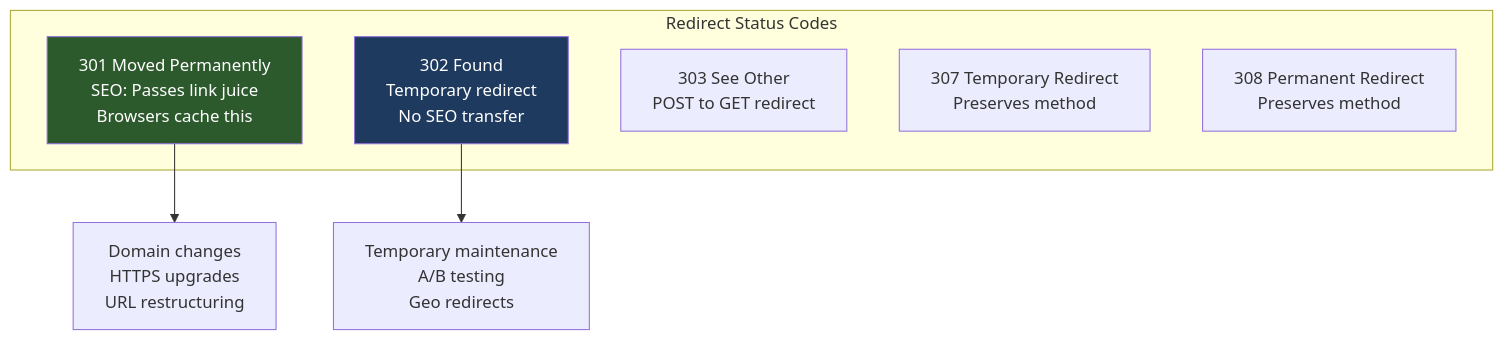
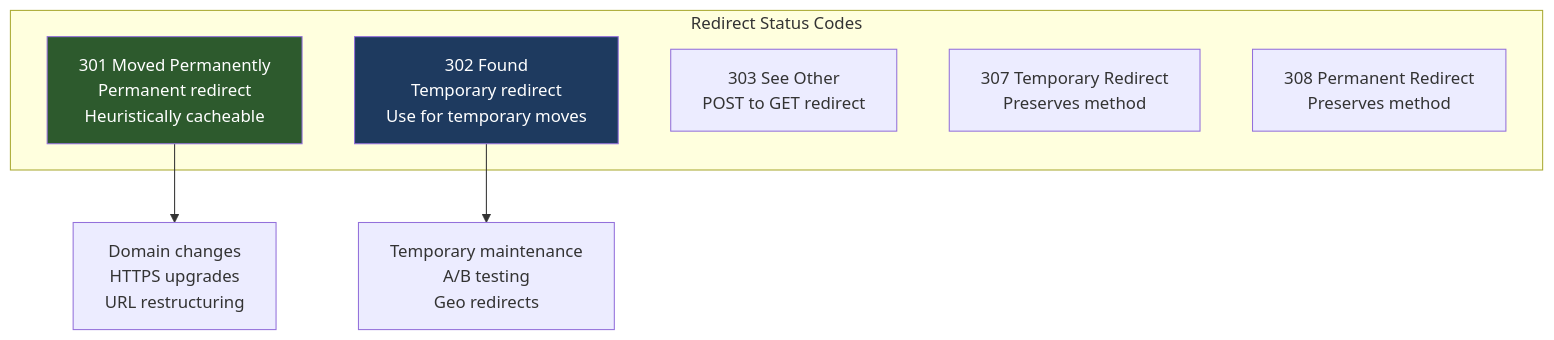
The first of 3 diagrams in posts/2025-12-16-nginx-redirect-urls-properly/README.md (OneUptime/blog), drawn with Mermaid before and after one commit. The commit also changed other lines of this file and 2 other files, not shown here.

Commit message:
validate: 2025-12-16-nginx-redirect-urls-properly

````diff
--- a/posts/2025-12-16-nginx-redirect-urls-properly/README.md
+++ b/posts/2025-12-16-nginx-redirect-urls-properly/README.md
@@ -15,16 +15,16 @@
 ```mermaid
 flowchart TB
     subgraph Types["Redirect Status Codes"]
-        R301[301 Moved Permanently<br/>SEO: Passes link juice<br/>Browsers cache this]
-        R302[302 Found<br/>Temporary redirect<br/>No SEO transfer]
+        R301[301 Moved Permanently<br/>Permanent redirect<br/>Heuristically cacheable]
+        R302[302 Found<br/>Temporary redirect<br/>Use for temporary moves]
         R303[303 See Other<br/>POST to GET redirect]
         R307[307 Temporary Redirect<br/>Preserves method]
         R308[308 Permanent Redirect<br/>Preserves method]
     end
 
     R301 --> Use1[Domain changes<br/>HTTPS upgrades<br/>URL restructuring]
     R302 --> Use2[Temporary maintenance<br/>A/B testing<br/>Geo redirects]
 
     style R301 fill:#2d5a2d,color:#fff
     style R302 fill:#1e3a5f,color:#fff
 ```
````
